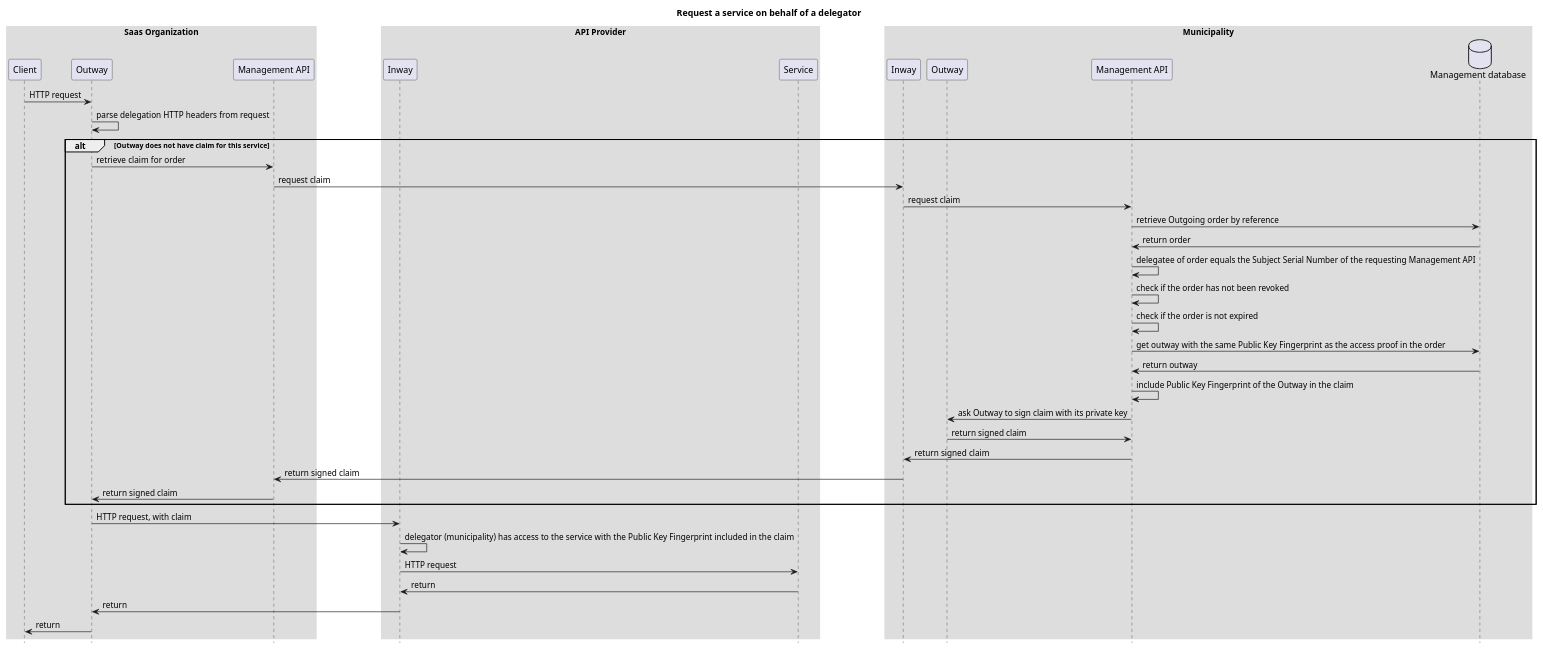
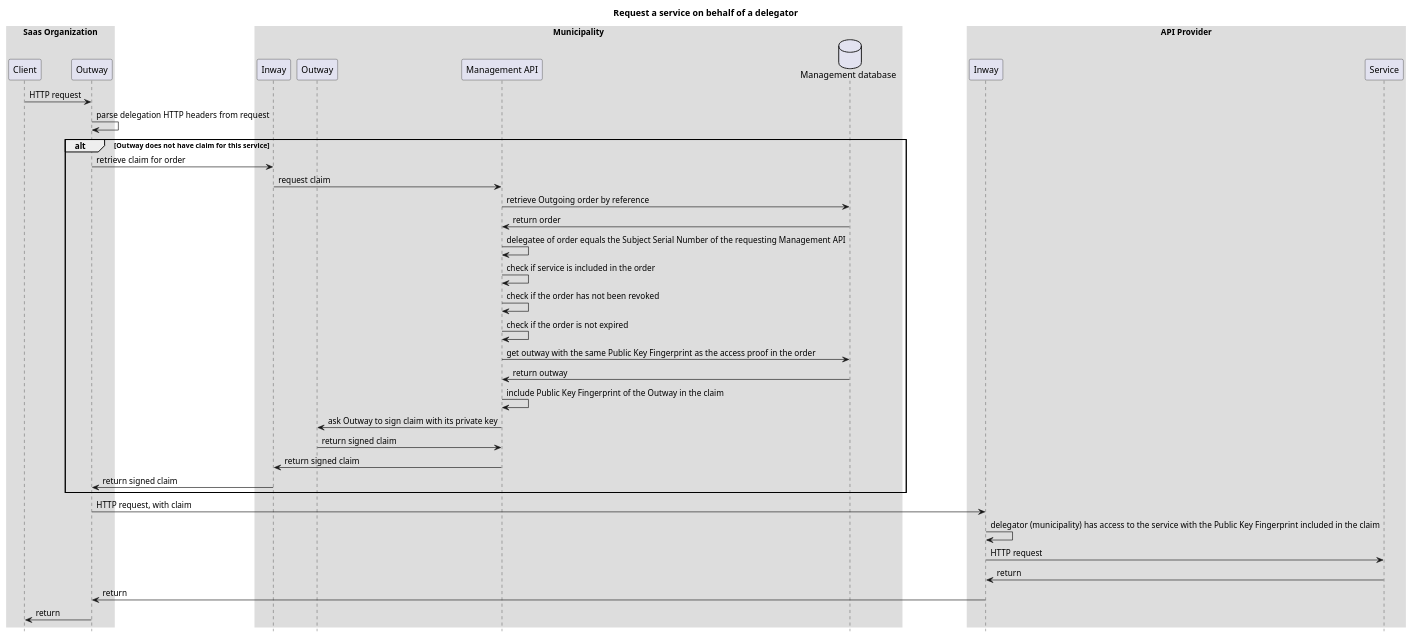
The diagram in technical-docs/sequence-diagrams/delegation.puml (VNG-Realisatie/nlx), drawn with PlantUML before and after one commit. The commit also changed 18 other files, not shown here.

First line of the commit message:
refactor(outway): request claim directly at delegator organization

```diff
--- a/technical-docs/sequence-diagrams/delegation.puml
+++ b/technical-docs/sequence-diagrams/delegation.puml
@@ -1,54 +1,52 @@
 @startuml
 title: Request a service on behalf of a delegator
 
 skinparam sequenceBoxBorderColor #transparent
 skinparam boxPadding 50
 hide footbox
 
 box "Saas Organization"
 participant "Client" as clientSaasOrganization
 participant "Outway" as outwaySaasOrganization
-participant "Management API" as managementAPISaasOrganization
-end box
-
-box "API Provider"
-participant "Inway" as inwayAPIProvider
-participant "Service" as serviceAPIProvider
 end box
 
 box "Municipality"
 participant "Inway" as inwayMunicipality
 participant "Outway" as outwayMunicipality
 participant "Management API" as managementAPIMunicipality
 database "Management database" as managementDatabaseMunicipality
 end box
 
+box "API Provider"
+participant "Inway" as inwayAPIProvider
+participant "Service" as serviceAPIProvider
+end box
+
 clientSaasOrganization -> outwaySaasOrganization: HTTP request
 outwaySaasOrganization -> outwaySaasOrganization: parse delegation HTTP headers from request
 alt Outway does not have claim for this service
-outwaySaasOrganization -> managementAPISaasOrganization: retrieve claim for order
-managementAPISaasOrganization -> inwayMunicipality: request claim
+outwaySaasOrganization -> inwayMunicipality: retrieve claim for order
 inwayMunicipality -> managementAPIMunicipality: request claim
 managementAPIMunicipality -> managementDatabaseMunicipality: retrieve Outgoing order by reference
 managementDatabaseMunicipality -> managementAPIMunicipality: return order
 managementAPIMunicipality -> managementAPIMunicipality: delegatee of order equals the Subject Serial Number of the requesting Management API
+managementAPIMunicipality -> managementAPIMunicipality: check if service is included in the order
 managementAPIMunicipality -> managementAPIMunicipality: check if the order has not been revoked
 managementAPIMunicipality -> managementAPIMunicipality: check if the order is not expired
 managementAPIMunicipality -> managementDatabaseMunicipality: get outway with the same Public Key Fingerprint as the access proof in the order
 managementDatabaseMunicipality-> managementAPIMunicipality: return outway
 managementAPIMunicipality -> managementAPIMunicipality: include Public Key Fingerprint of the Outway in the claim
 managementAPIMunicipality -> outwayMunicipality: ask Outway to sign claim with its private key
 outwayMunicipality -> managementAPIMunicipality: return signed claim
 managementAPIMunicipality -> inwayMunicipality: return signed claim
-inwayMunicipality -> managementAPISaasOrganization: return signed claim
-managementAPISaasOrganization -> outwaySaasOrganization: return signed claim
+inwayMunicipality -> outwaySaasOrganization: return signed claim
 end
 
 outwaySaasOrganization -> inwayAPIProvider: HTTP request, with claim
 inwayAPIProvider -> inwayAPIProvider: delegator (municipality) has access to the service with the Public Key Fingerprint included in the claim
 inwayAPIProvider -> serviceAPIProvider: HTTP request
 serviceAPIProvider -> inwayAPIProvider: return
 inwayAPIProvider -> outwaySaasOrganization: return
 outwaySaasOrganization -> clientSaasOrganization: return
 
 @enduml
```
